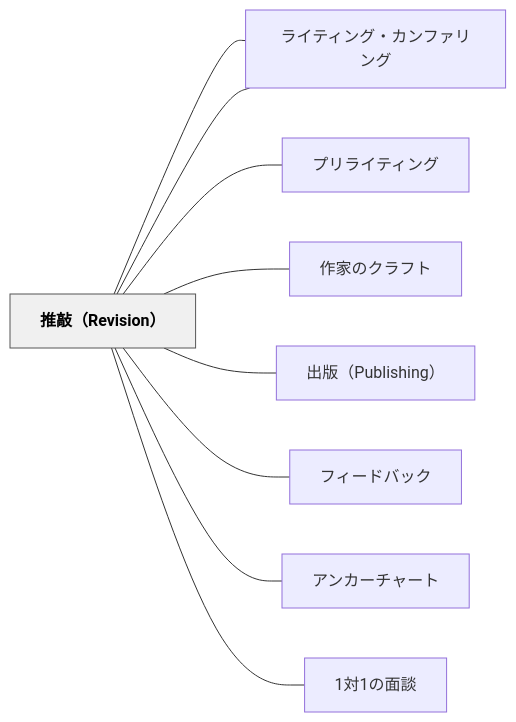
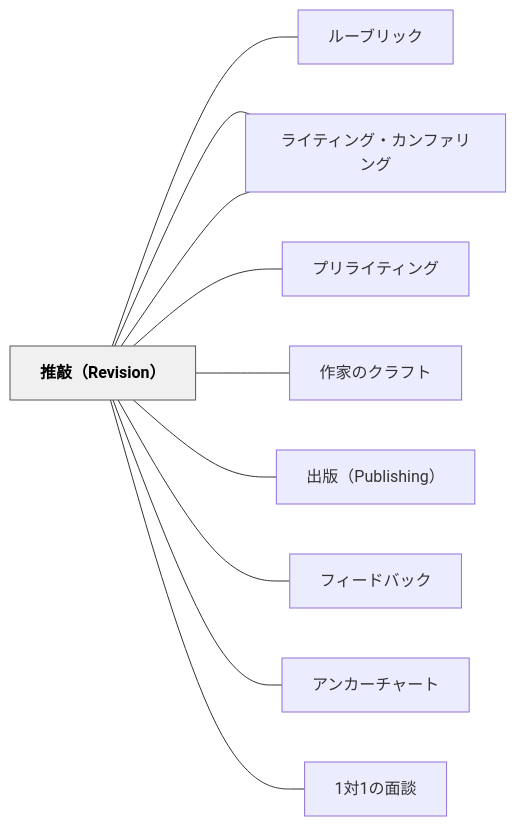
The diagram in content/パタン/推敲（Revision）.md (unknownthings-ed-patterns/unknownthings-ed-patterns), drawn with Mermaid before and after one commit. The commit also changed other lines of this file and 473 other files, not shown here.

````diff
--- a/content/パタン/推敲（Revision）.md
+++ b/content/パタン/推敲（Revision）.md
@@ -173,24 +174,26 @@
 ```mermaid
 flowchart LR
     ne68ea8e695b2["推敲（Revision）"]
+    ne383abe383bc["ルーブリック"]
     ne383a9e382a4["ライティング・ワークショップ"]
     ne38397e383aa["プリライティング"]
     ne4bd9ce5aeb6["作家のクラフト"]
     ne383a9e382a4["ライティング・カンファリング"]
     ne587bae78988["出版（Publishing）"]
     ne38395e382a3["フィードバック"]
     ne382a2e383b3["アンカーチャート"]
     n31e5afbe31e3["1対1の面談"]
 
+    ne68ea8e695b2 --- ne383abe383bc
     ne68ea8e695b2 --- ne383a9e382a4
     ne68ea8e695b2 --- ne38397e383aa
     ne68ea8e695b2 --- ne4bd9ce5aeb6
     ne68ea8e695b2 --- ne383a9e382a4
     ne68ea8e695b2 --- ne587bae78988
     ne68ea8e695b2 --- ne38395e382a3
     ne68ea8e695b2 --- ne382a2e383b3
     ne68ea8e695b2 --- n31e5afbe31e3
 
     classDef hub fill:#f0f0f0,stroke:#555,color:#000,font-weight:bold
     class ne68ea8e695b2 hub
 ```
````
